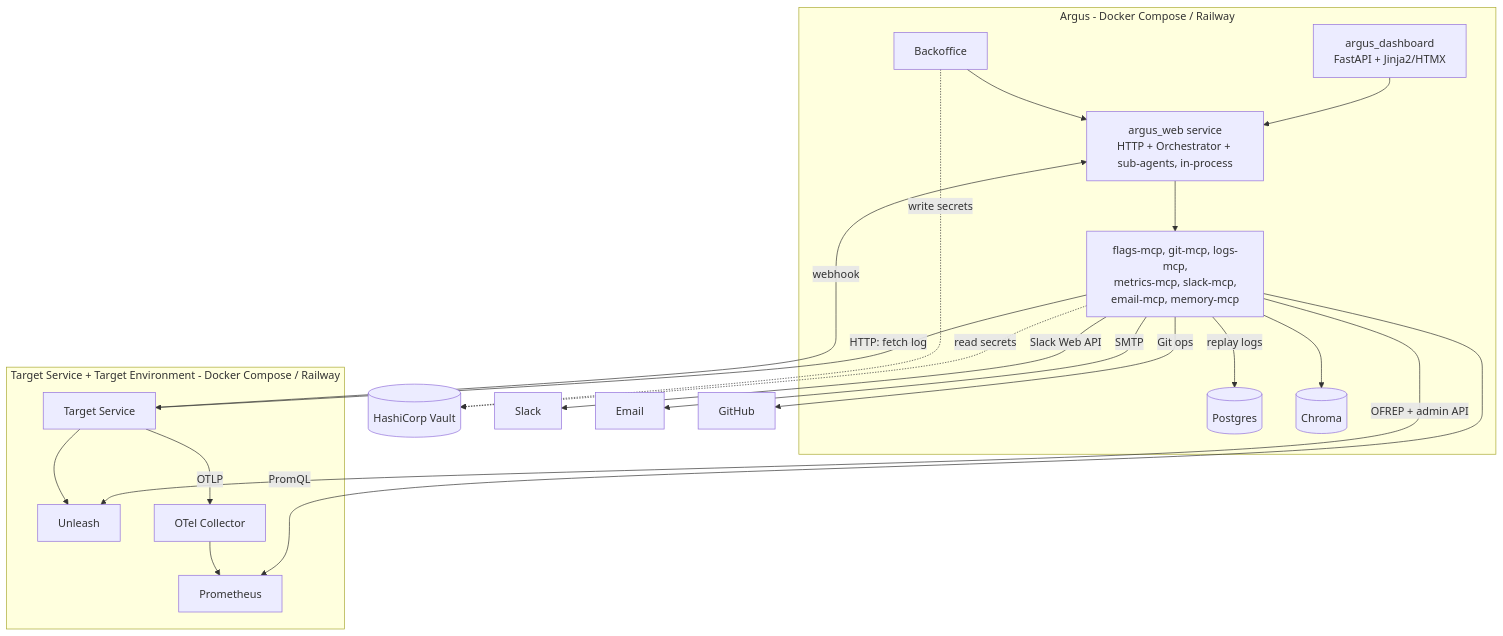
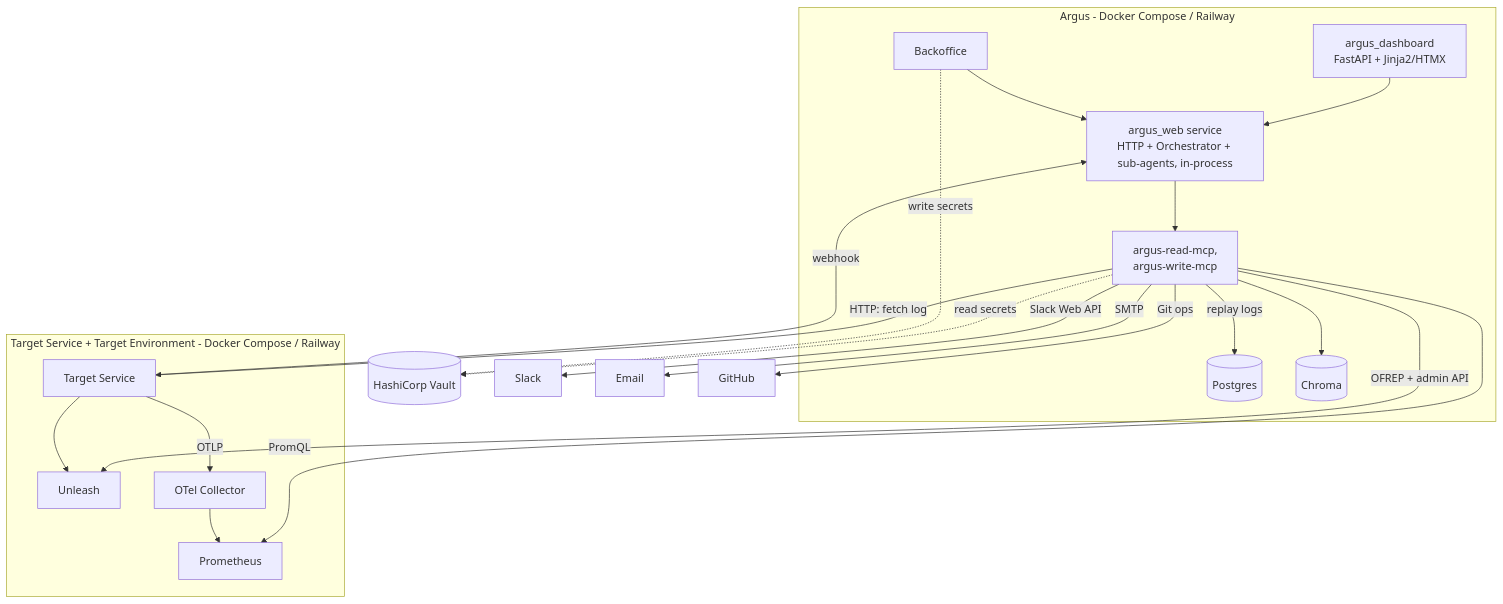
Before and after one commit to ohadraz/Argus: the fifth of 5 diagrams in docs/spec-and-architecture.md, drawn with Mermaid. The commit also changed other lines of this file and 24 other files, not shown here.

Commit message:
add read-mcp server + typed client, investigator now fetches logs over MCP

````diff
--- a/docs/spec-and-architecture.md
+++ b/docs/spec-and-architecture.md
@@ -521,35 +522,35 @@
 ```mermaid
 flowchart TB
     subgraph ArgusDeploy["Argus - Docker Compose / Railway"]
         WEB[argus_web service<br/>HTTP + Orchestrator + sub-agents, in-process]
-        MCPS[flags-mcp, git-mcp, logs-mcp,<br/>metrics-mcp, slack-mcp,<br/>email-mcp, memory-mcp]
+        MCPS[argus-read-mcp,<br/>argus-write-mcp]
         PG[(Postgres)]
         CHROMA[(Chroma)]
         FE[argus_dashboard<br/>FastAPI + Jinja2/HTMX]
         BO[Backoffice]
     end
     subgraph TargetDeploy["Target Service + Target Environment - Docker Compose / Railway"]
         TS[Target Service]
         UNLEASH[Unleash]
         OTELCOL[OTel Collector]
         PROM[Prometheus]
     end
     VAULT[(HashiCorp Vault)]
 
     TS -->|webhook| WEB
     WEB --> MCPS
     MCPS -->|replay logs| PG
     MCPS --> CHROMA
     MCPS -->|OFREP + admin API| UNLEASH
     MCPS -->|PromQL| PROM
     MCPS -->|HTTP: fetch log| TS
     MCPS -->|Slack Web API| ExternalSlack[Slack]
     MCPS -->|SMTP| ExternalMail[Email]
     MCPS -->|Git ops| ExternalGH[GitHub]
     MCPS -.->|read secrets| VAULT
     BO -.->|write secrets| VAULT
     TS --> UNLEASH
     TS -->|OTLP| OTELCOL --> PROM
     FE --> WEB
     BO --> WEB
 ```
````
